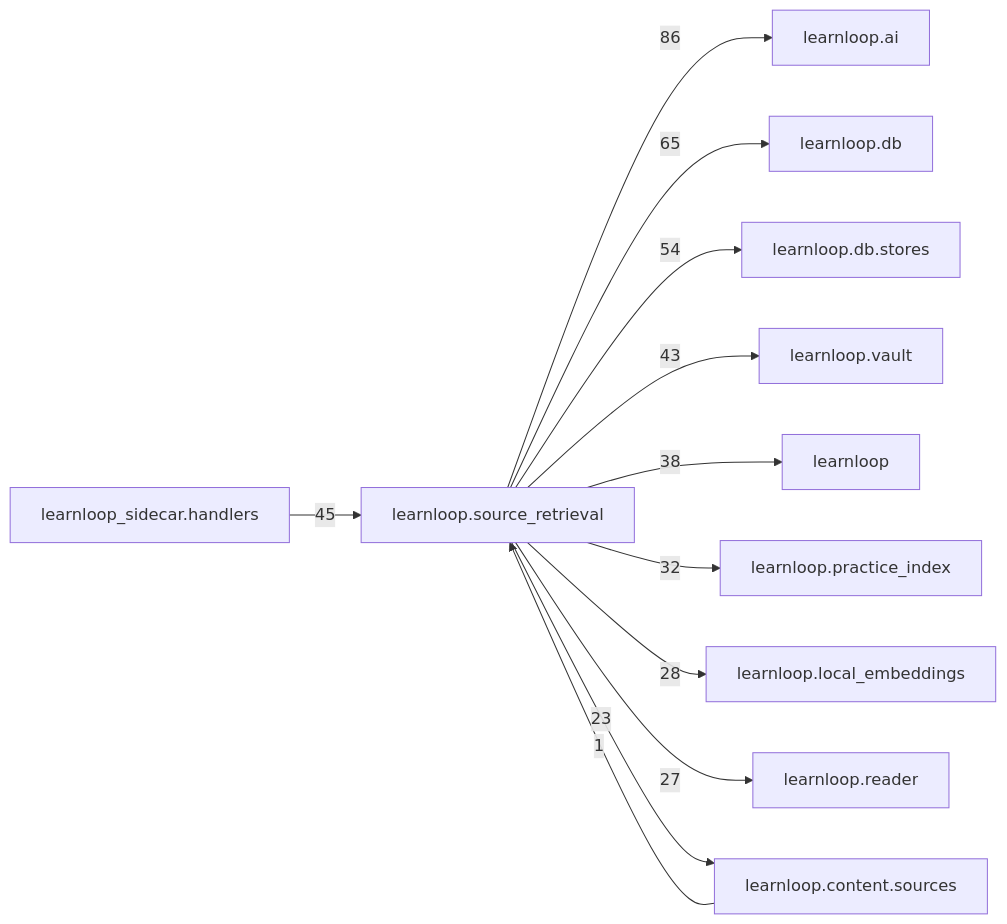
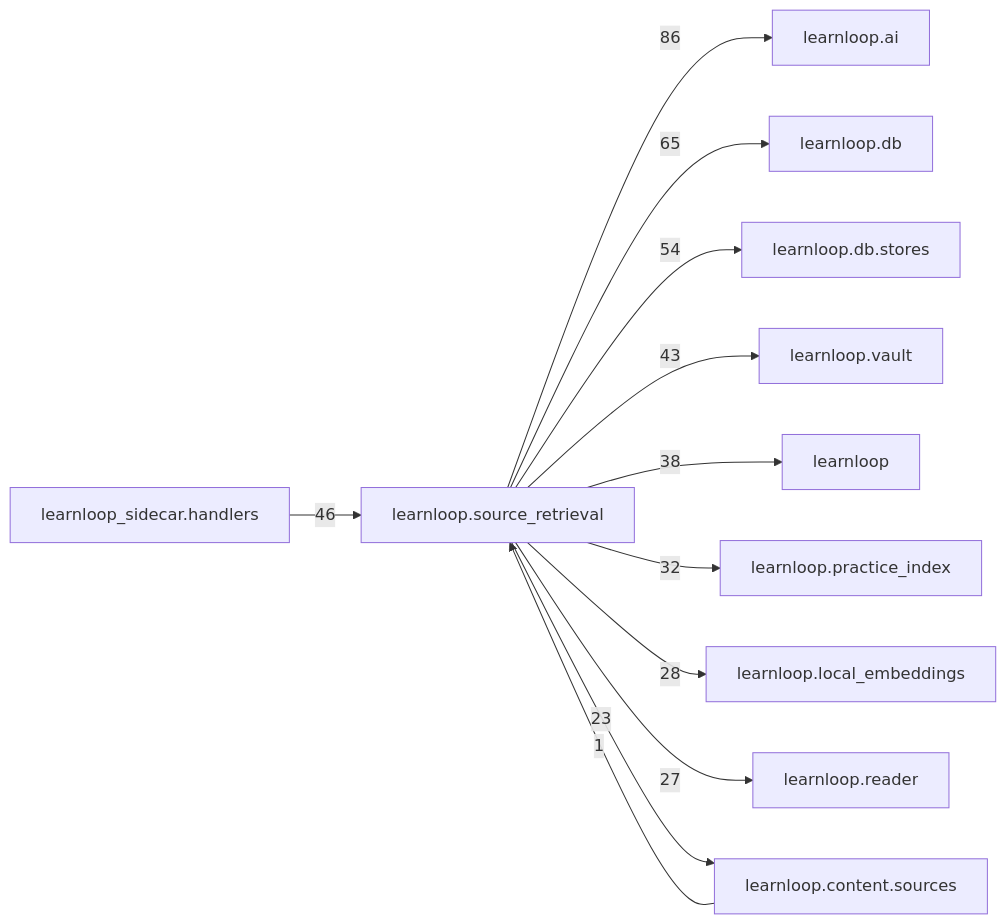
The diagram in docs/learnloop-architecture-vault/Reference/Modules/learnloop/source_retrieval/_package.md (6up-b/learnanything), drawn with Mermaid before and after one commit. The commit also changed other lines of this file and 46 other files, not shown here.

````diff
--- a/docs/learnloop-architecture-vault/Reference/Modules/learnloop/source_retrieval/_package.md
+++ b/docs/learnloop-architecture-vault/Reference/Modules/learnloop/source_retrieval/_package.md
@@ -183,25 +184,25 @@
 ```mermaid
 flowchart LR
     center["learnloop.source_retrieval"]
     n_learnloop_ai["learnloop.ai"]
     n_learnloop_db["learnloop.db"]
     n_learnloop_db_stores["learnloop.db.stores"]
     n_learnloop_sidecar_handlers["learnloop_sidecar.handlers"]
     n_learnloop_vault["learnloop.vault"]
     n_learnloop["learnloop"]
     n_learnloop_practice_index["learnloop.practice_index"]
     n_learnloop_local_embeddings["learnloop.local_embeddings"]
     n_learnloop_reader["learnloop.reader"]
     n_learnloop_content_sources["learnloop.content.sources"]
     center -->|86| n_learnloop_ai
     center -->|65| n_learnloop_db
     center -->|54| n_learnloop_db_stores
-    n_learnloop_sidecar_handlers -->|45| center
+    n_learnloop_sidecar_handlers -->|46| center
     center -->|43| n_learnloop_vault
     center -->|38| n_learnloop
     center -->|32| n_learnloop_practice_index
     center -->|28| n_learnloop_local_embeddings
     center -->|27| n_learnloop_reader
     n_learnloop_content_sources -->|1| center
     center -->|23| n_learnloop_content_sources
 ```
````
